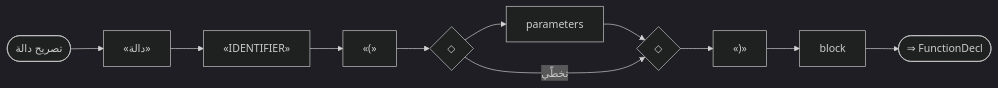
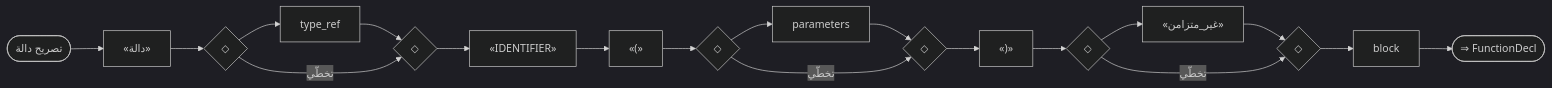
The seventh of 17 diagrams in docs/parser_rule/_generated/20_declarations.md (sadlang/sadlang), drawn with Mermaid (dark theme) before and after one commit. The commit also changed other lines of this file and 593 other files, not shown here.

````diff
--- a/docs/parser_rule/_generated/20_declarations.md
+++ b/docs/parser_rule/_generated/20_declarations.md
@@ -216,23 +227,37 @@
 ```mermaid
 flowchart LR
   n1(["تصريح دالة"])
   n2["«دالة»"]
-  n3["«IDENTIFIER»"]
+  n3{"◇"}
+  n4{"◇"}
+  n5["type_ref"]
+  n3 --> n5
+  n5 --> n4
+  n3 -- "تخطّي" --> n4
   n2 --> n3
-  n4["«(»"]
-  n3 --> n4
-  n5{"◇"}
-  n6{"◇"}
-  n7["parameters"]
-  n5 --> n7
-  n7 --> n6
-  n5 -- "تخطّي" --> n6
-  n4 --> n5
-  n8["«)»"]
-  n6 --> n8
-  n9["block"]
-  n8 --> n9
+  n6["«IDENTIFIER»"]
+  n4 --> n6
+  n7["«(»"]
+  n6 --> n7
+  n8{"◇"}
+  n9{"◇"}
+  n10["parameters"]
+  n8 --> n10
+  n10 --> n9
+  n8 -- "تخطّي" --> n9
+  n7 --> n8
+  n11["«)»"]
+  n9 --> n11
+  n12{"◇"}
+  n13{"◇"}
+  n14["«غير_متزامن»"]
+  n12 --> n14
+  n14 --> n13
+  n12 -- "تخطّي" --> n13
+  n11 --> n12
+  n15["block"]
+  n13 --> n15
   n1 --> n2
-  n10(["⇒ FunctionDecl"])
-  n9 --> n10
+  n16(["⇒ FunctionDecl"])
+  n15 --> n16
 ```
````
